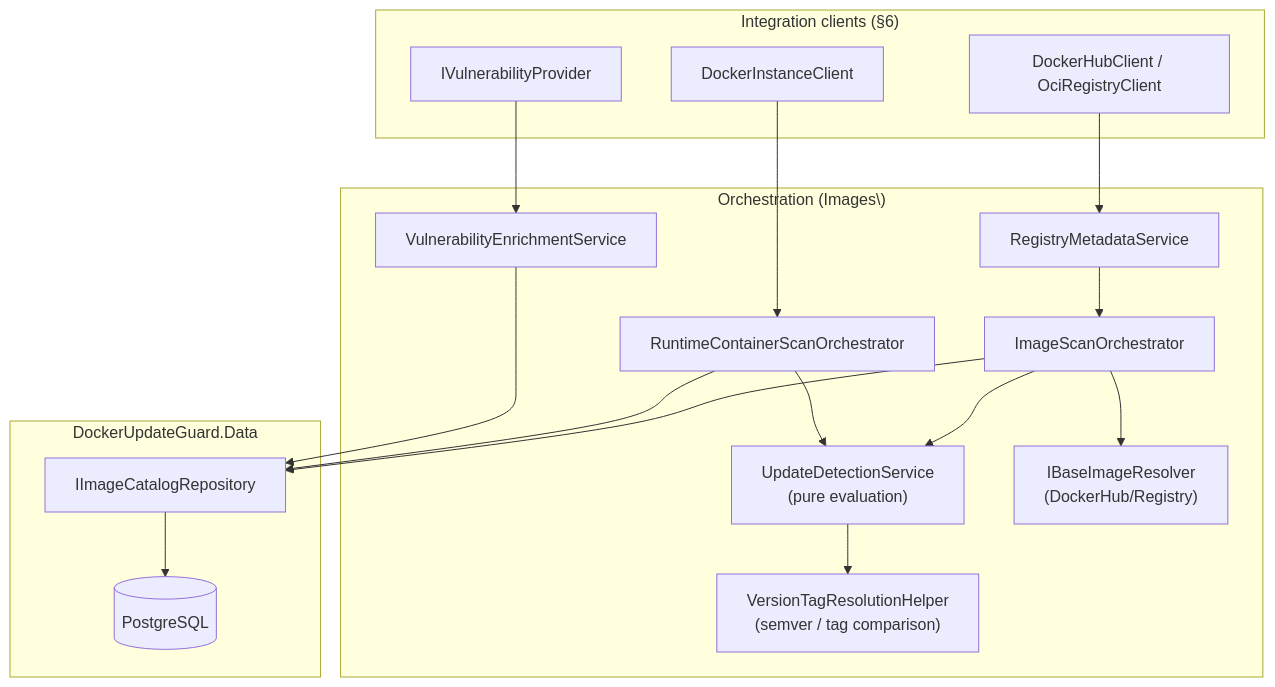
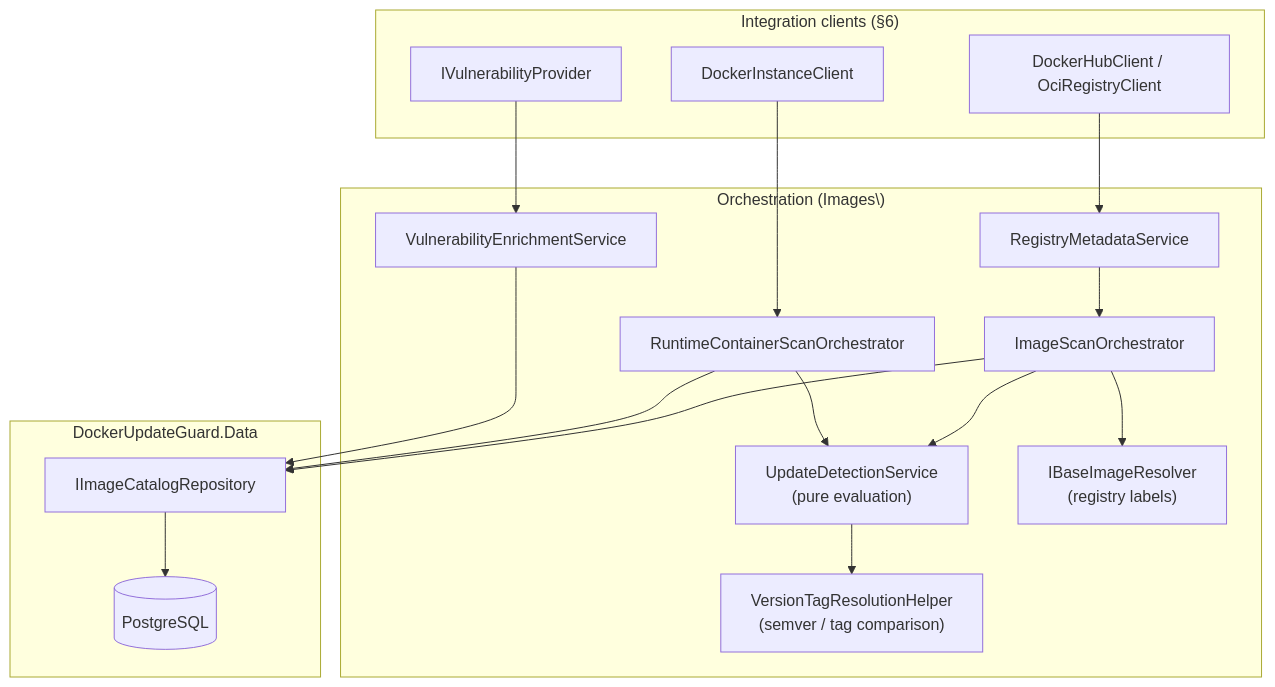
One commit to LarsLaskowski/DockerUpdateGuard changed the second of 2 diagrams in docs/ARCHITECTURE.md. Above: the diagram before and after it, drawn with Mermaid. The commit also changed other lines of this file and 16 other files, not shown here.

````diff
--- a/docs/ARCHITECTURE.md
+++ b/docs/ARCHITECTURE.md
@@ -254,34 +247,34 @@
 ```mermaid
 flowchart TD
     subgraph Clients["Integration clients (§6)"]
         DHC[DockerHubClient / OciRegistryClient]
         DIC[DockerInstanceClient]
         VP[IVulnerabilityProvider]
     end
 
     subgraph Domain["Orchestration (Images\)"]
         RMS[RegistryMetadataService]
         UDS["UpdateDetectionService<br>(pure evaluation)"]
         VTH["VersionTagResolutionHelper<br>(semver / tag comparison)"]
         ISO[ImageScanOrchestrator]
         RCSO[RuntimeContainerScanOrchestrator]
         VES[VulnerabilityEnrichmentService]
-        BIR["IBaseImageResolver<br>(DockerHub/Registry)"]
+        BIR["IBaseImageResolver<br>(registry labels)"]
     end
 
     subgraph Persistence["DockerUpdateGuard.Data"]
         ICR[IImageCatalogRepository]
         DB[(PostgreSQL)]
     end
 
     DHC --> RMS --> ISO
     DIC --> RCSO
     VP --> VES
     ISO --> UDS --> VTH
     ISO --> BIR
     ISO --> ICR
     RCSO --> UDS
     RCSO --> ICR
     VES --> ICR
     ICR --> DB
 ```
````
